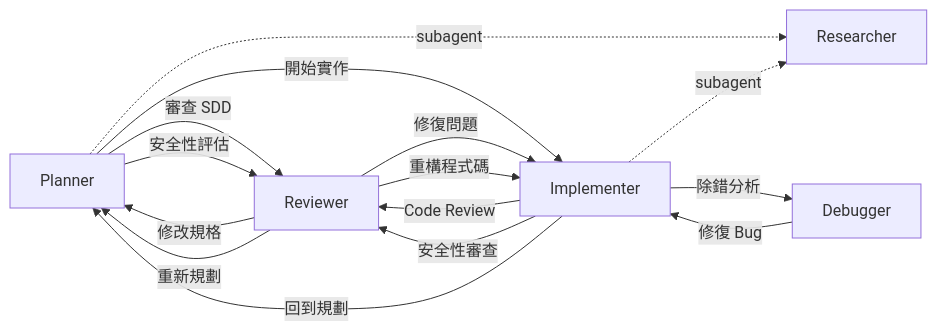
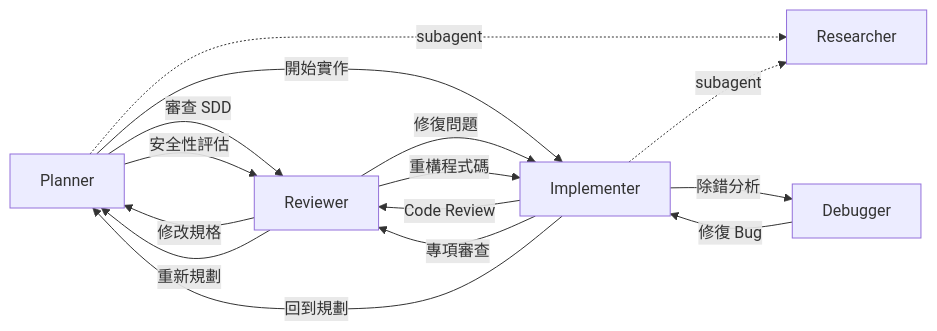
One commit to zexion7873/copilot-setting changed the diagram in README.zh-TW.md. Above: the diagram before and after it, drawn with Mermaid. The commit also changed other lines of this file and 1 other file, not shown here.

Commit message:
docs(readme): add Quick Start section and broaden handoff diagram labels

````diff
--- a/README.zh-TW.md
+++ b/README.zh-TW.md
@@ -101,20 +131,20 @@
 ```mermaid
 flowchart LR
     Planner -->|"審查 SDD"| Reviewer
     Planner -->|"開始實作"| Implementer
     Planner -->|"安全性評估"| Reviewer
     Planner -.->|"subagent"| Researcher
 
     Implementer -.->|"subagent"| Researcher
     Implementer -->|"Code Review"| Reviewer
-    Implementer -->|"安全性審查"| Reviewer
+    Implementer -->|"專項審查"| Reviewer
     Implementer -->|"除錯分析"| Debugger
     Implementer -->|"回到規劃"| Planner
 
     Reviewer -->|"修復問題"| Implementer
     Reviewer -->|"重構程式碼"| Implementer
     Reviewer -->|"修改規格"| Planner
     Reviewer -->|"重新規劃"| Planner
 
     Debugger -->|"修復 Bug"| Implementer
 ```
````
